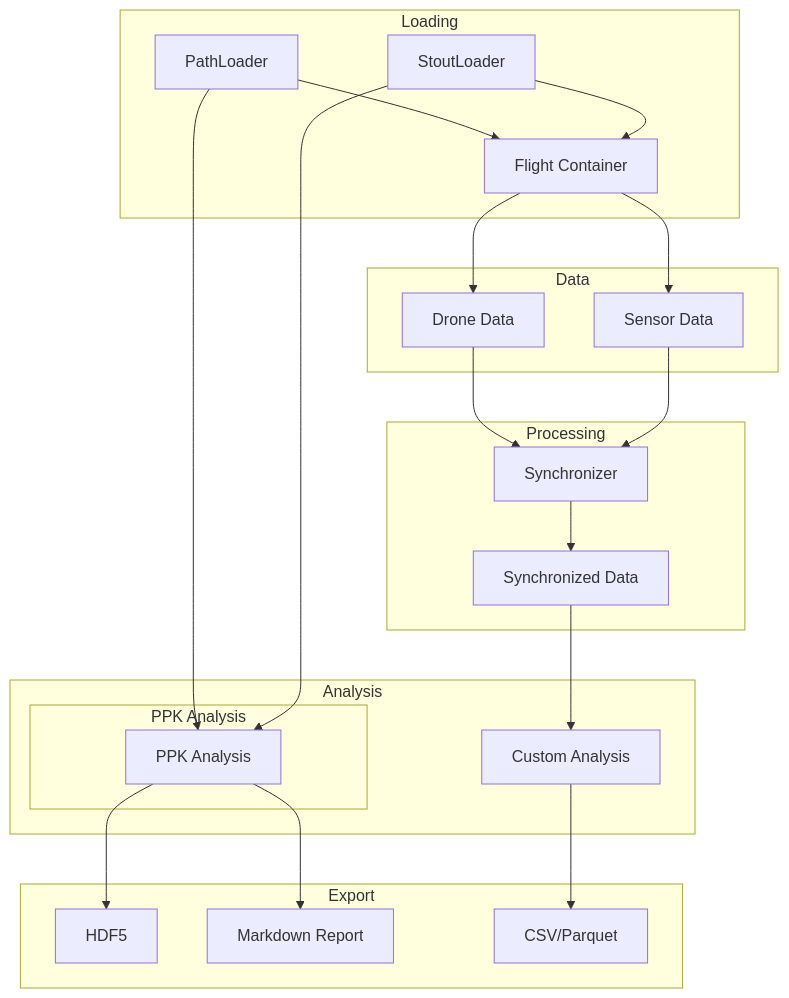
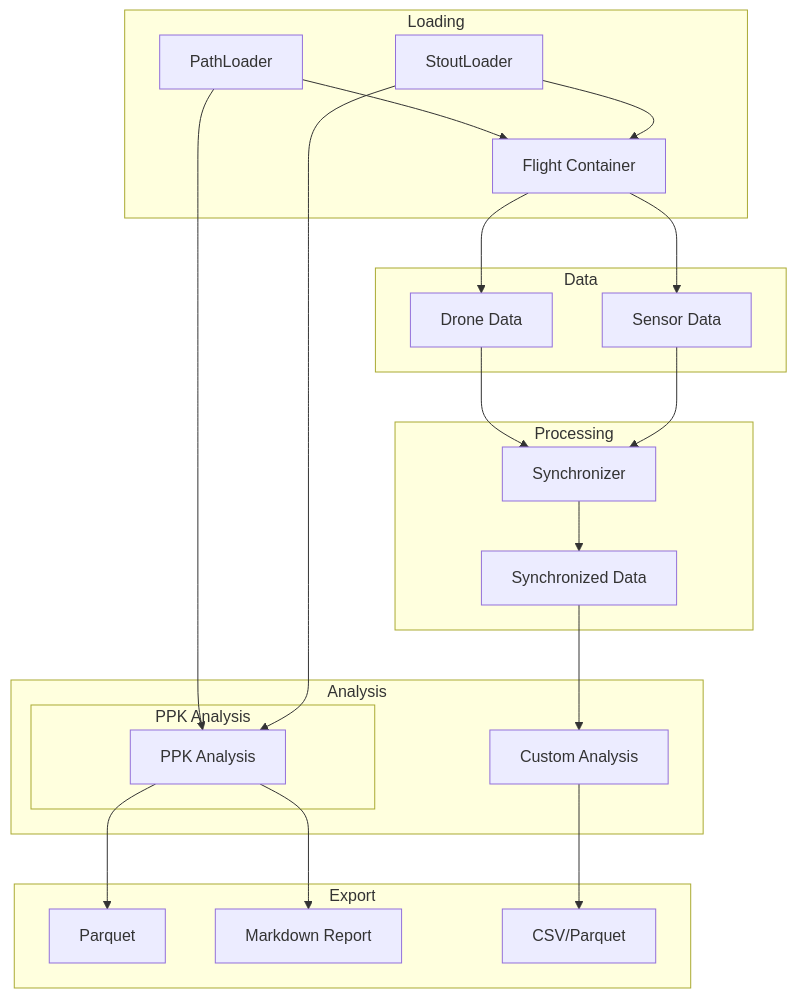
The diagram in docs/user-guide/index.md (POLOCALC/pils), drawn with Mermaid before and after one commit. The commit also changed 43 other files, not shown here.

First line of the commit message:
refactor!: no HDF5 in PILS, every product is parquet

````diff
--- a/docs/user-guide/index.md
+++ b/docs/user-guide/index.md
@@ -9,32 +9,32 @@
 ```mermaid
 flowchart TB
     subgraph Loading
         A[PathLoader] --> C[Flight Container]
         B[StoutLoader] --> C
     end
     
     subgraph Data
         C --> D[Drone Data]
         C --> E[Sensor Data]
     end
     
     subgraph Processing
         D --> F[Synchronizer]
         E --> F
         F --> G[Synchronized Data]
     end
     
     subgraph Analysis
         subgraph PPK Analysis
             A --> H[PPK Analysis]
             B --> H[PPK Analysis]
         end
         G --> J[Custom Analysis]
     end
     
     subgraph Export
-        H --> K[HDF5]
+        H --> K[Parquet]
         H --> I[Markdown Report]
         J --> L[CSV/Parquet]
     end
 ```
````
